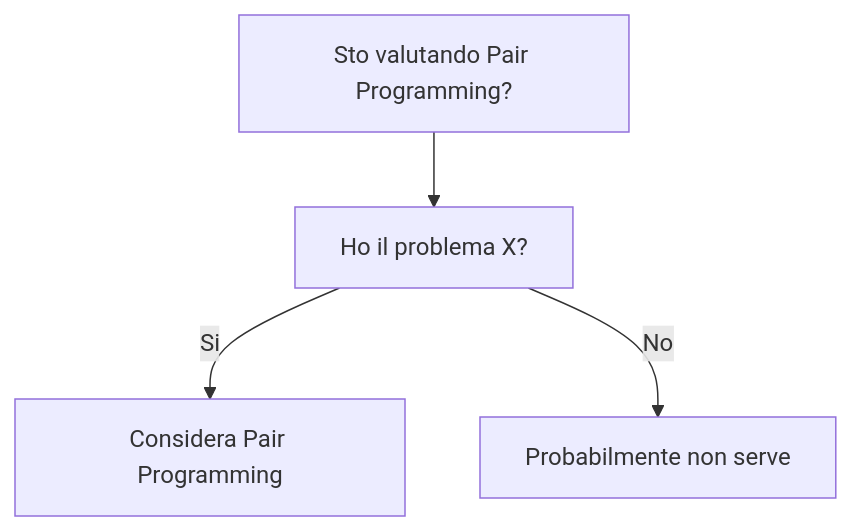
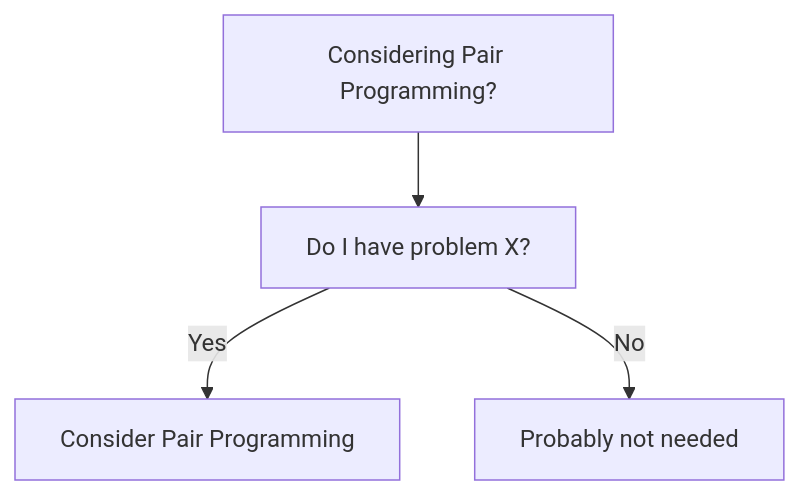
The diagram in dev-wiki/25_Documentation/Pair_Programming/When_To_Use.md (HxT9/Software-Dev-Wiki), drawn with Mermaid before and after one commit. The commit also changed other lines of this file and 3444 other files, not shown here.

````diff
--- a/dev-wiki/25_Documentation/Pair_Programming/When_To_Use.md
+++ b/dev-wiki/25_Documentation/Pair_Programming/When_To_Use.md
@@ -19,6 +19,6 @@
 ```mermaid
 flowchart TD
-  Q[Sto valutando Pair Programming?] --> Q1[Ho il problema X?]
-  Q1 -->|Si| OK[Considera Pair Programming]
-  Q1 -->|No| NO[Probabilmente non serve]
+  Q[Considering Pair Programming?] --> Q1[Do I have problem X?]
+  Q1 -->|Yes| OK[Consider Pair Programming]
+  Q1 -->|No| NO[Probably not needed]
 ```
````
